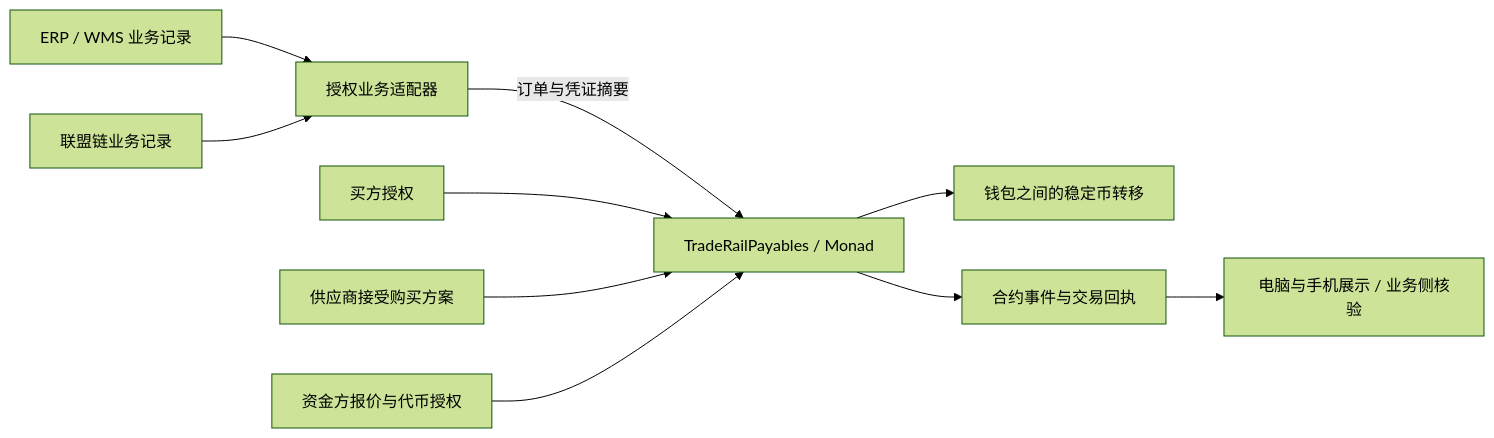
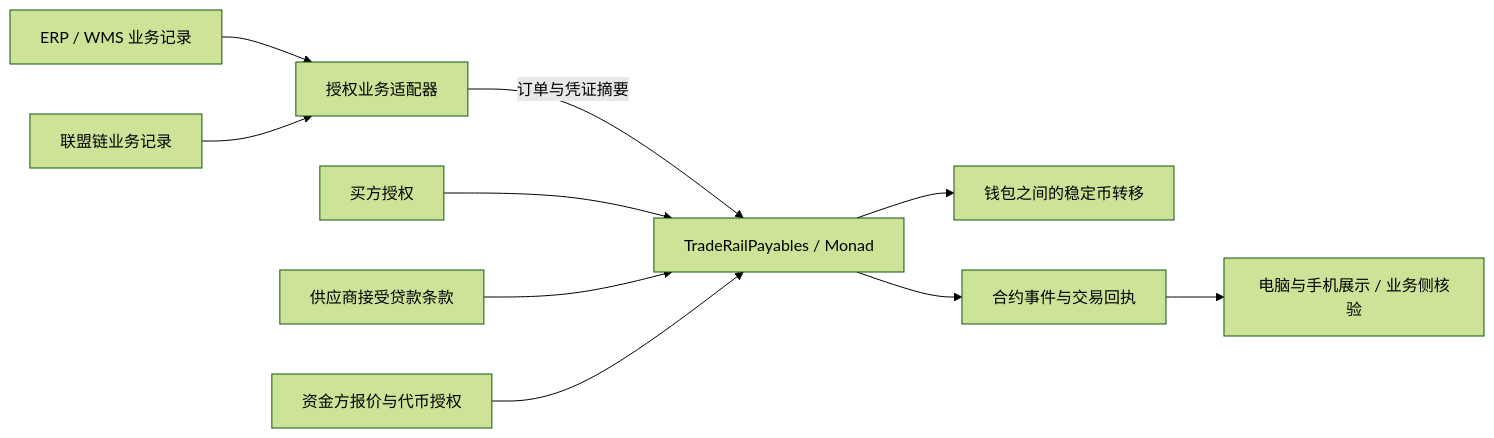
Before and after one commit to jamese5095/traderail: the diagram in README.md, drawn with Mermaid (forest theme). The commit also changed other lines of this file and 19 other files, not shown here.

````diff
--- a/README.md
+++ b/README.md
@@ -98,12 +94,12 @@
 ```mermaid
 flowchart LR
     ERP[ERP / WMS 业务记录] --> Adapter[授权业务适配器]
     Ledger[联盟链业务记录] --> Adapter
     Adapter -->|订单与凭证摘要| Contract[TradeRailPayables / Monad]
     Buyer[买方授权] --> Contract
-    Supplier[供应商接受购买方案] --> Contract
+    Supplier[供应商接受贷款条款] --> Contract
     Financier[资金方报价与代币授权] --> Contract
     Contract --> Transfer[钱包之间的稳定币转移]
     Contract --> Receipt[合约事件与交易回执]
     Receipt --> UI[电脑与手机展示 / 业务侧核验]
 ```
````
